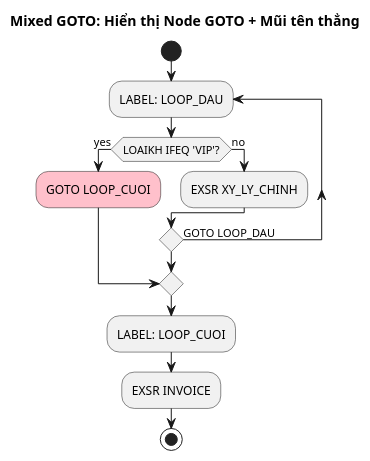
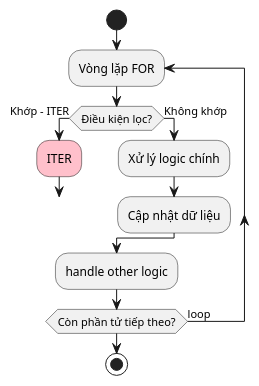
One commit to phucgigital03/TEST_GIT changed the diagram in test1.puml. Above: the diagram before and after it, drawn with PlantUML.

Commit message:
testing PlantUML

```diff
--- a/test1.puml
+++ b/test1.puml
@@ -1,24 +1,19 @@
 @startuml
-title Mixed GOTO: Hiển thị Node GOTO + Mũi tên thẳng
-
 start
-
-repeat :LABEL: LOOP_DAU;
-
-  ' 1. NHÁNH VIP (SKIP)
-  if (LOAIKH IFEQ 'VIP'?) then (yes)
-    #Pink:GOTO LOOP_CUOI;
-    break
-  else (no)
-    :EXSR XY_LY_CHINH;
+repeat :Vòng lặp FOR;
+  
+  if (Điều kiện lọc?) then (Khớp - ITER)
+    #Pink:ITER;
+    ' Buộc mũi tên quay thẳng về repeat while, bỏ qua node bên dưới
+    goto end_loop
+  else (Không khớp)
+    :Xử lý logic chính;
+    :Cập nhật dữ liệu;
   endif
 
-' 3. ĐÁY VÒNG LẶP (ĐIỂM HỘI TỤ)
-' Logic kiểm tra ở đây khớp với IF ở trên
-repeat while () is (GOTO LOOP_DAU)
+  :handle other logic;
 
-:LABEL: LOOP_CUOI;
-:EXSR INVOICE;
-
+label end_loop
+repeat while (Còn phần tử tiếp theo?) is (loop)
 stop
 @enduml
```
